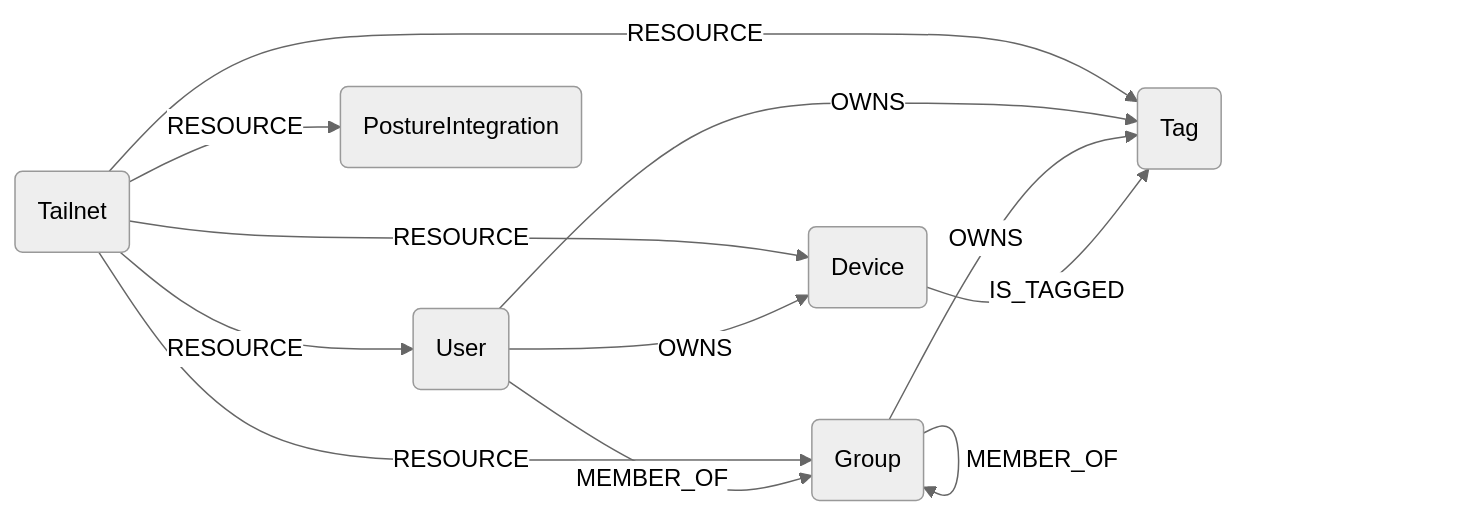
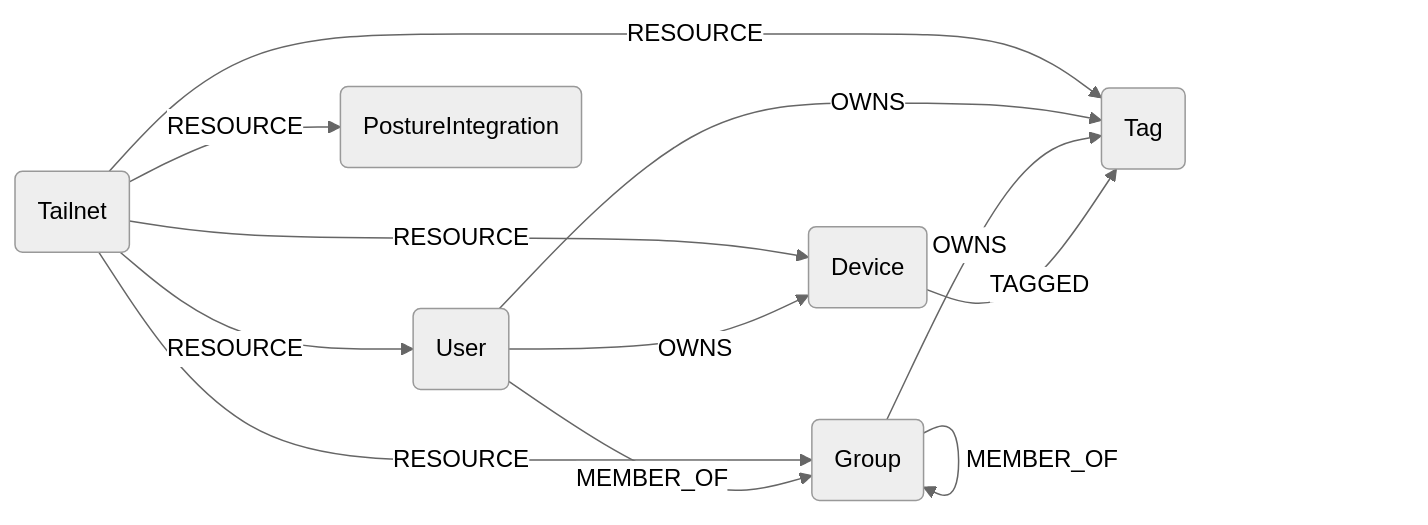
The diagram in docs/root/modules/tailscale/schema.md (cartography-cncf/cartography), drawn with Mermaid (neutral theme) before and after one commit. The commit also changed other lines of this file and 2 other files, not shown here.

````diff
--- a/docs/root/modules/tailscale/schema.md
+++ b/docs/root/modules/tailscale/schema.md
@@ -3,14 +3,14 @@
 ```mermaid
 graph LR
 A(Tailnet) -- RESOURCE --> U(User)
 A -- RESOURCE --> D(Device)
 A -- RESOURCE --> PI(PostureIntegration)
 A -- RESOURCE --> G(Group)
 A -- RESOURCE --> T(Tag)
 U -- OWNS --> D
 U -- MEMBER_OF --> G
 G -- MEMBER_OF --> G
 U -- OWNS --> T
 G -- OWNS --> T
-D -- IS_TAGGED --> T
+D -- TAGGED --> T
 ```
````
